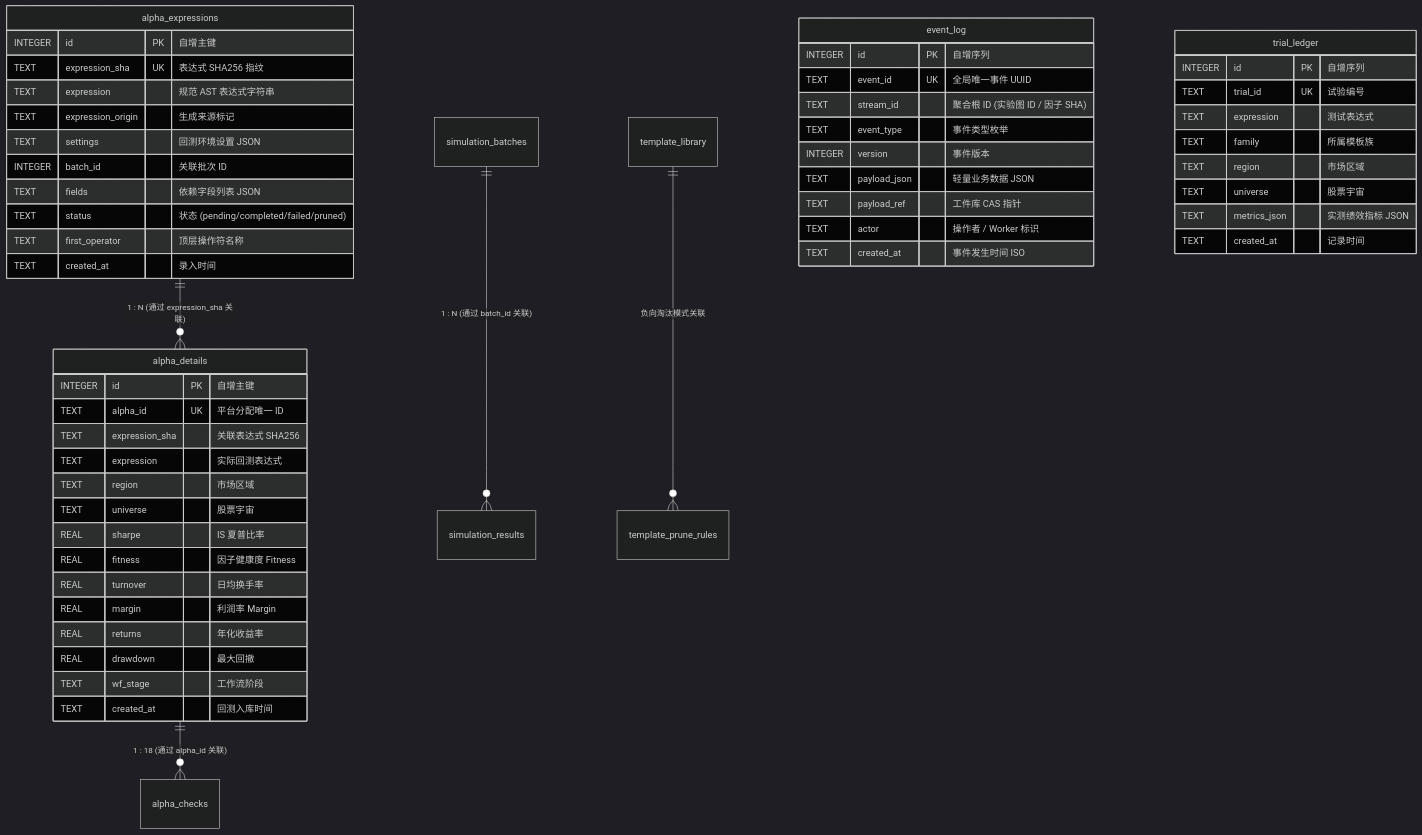
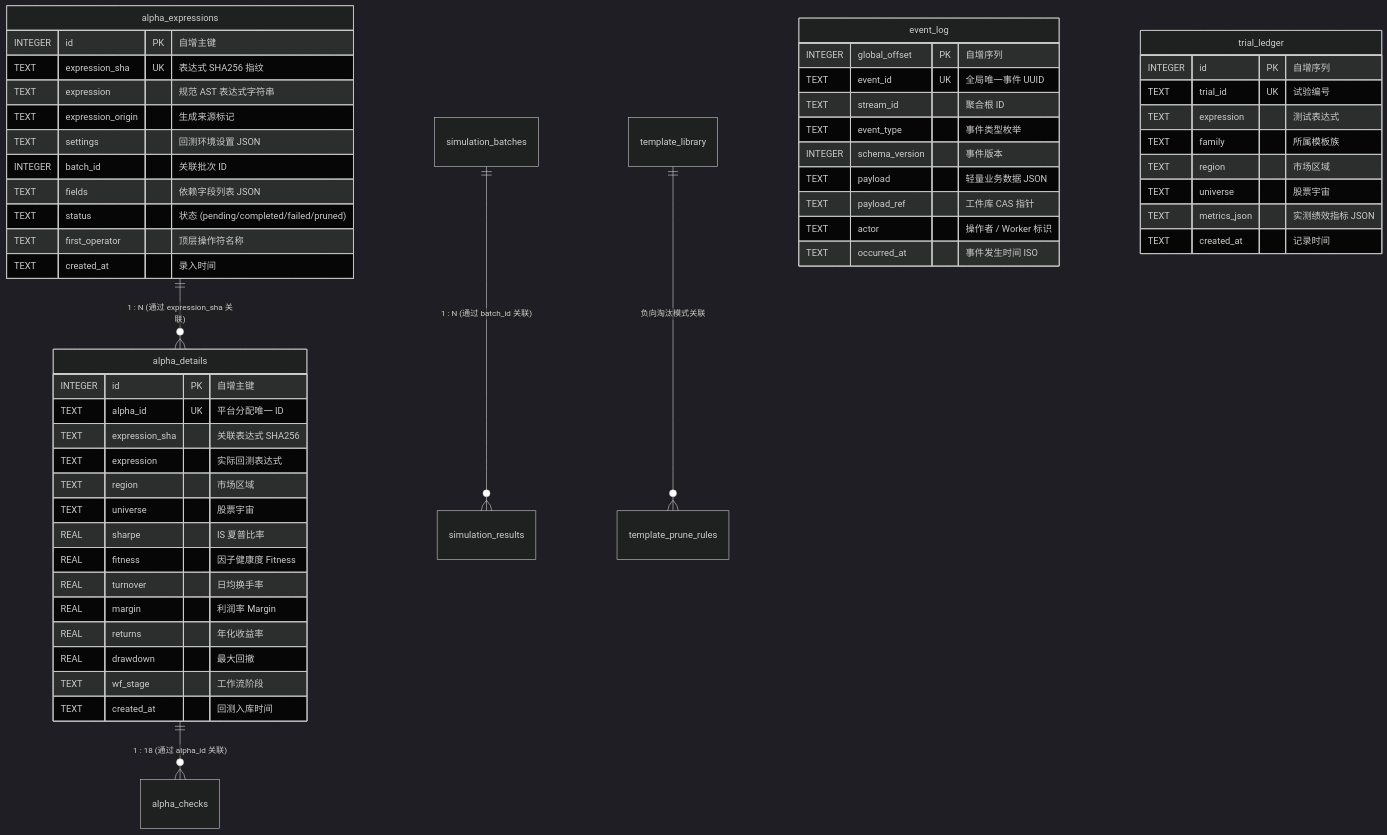
Before and after one commit to Justices/alpha_factory: the diagram in DATABASE_DESIGN.md, drawn with Mermaid (dark theme). The commit also changed other lines of this file and 20 other files, not shown here.

````diff
--- a/DATABASE_DESIGN.md
+++ b/DATABASE_DESIGN.md
@@ -59,60 +55,60 @@
 ```mermaid
 erDiagram
     alpha_expressions ||--o{ alpha_details : "1 : N (通过 expression_sha 关联)"
     alpha_details ||--o{ alpha_checks : "1 : 18 (通过 alpha_id 关联)"
     simulation_batches ||--o{ simulation_results : "1 : N (通过 batch_id 关联)"
     template_library ||--o{ template_prune_rules : "负向淘汰模式关联"
 
     alpha_expressions {
         INTEGER id PK "自增主键"
         TEXT expression_sha UK "表达式 SHA256 指纹"
         TEXT expression "规范 AST 表达式字符串"
         TEXT expression_origin "生成来源标记"
         TEXT settings "回测环境设置 JSON"
         INTEGER batch_id "关联批次 ID"
         TEXT fields "依赖字段列表 JSON"
         TEXT status "状态 (pending/completed/failed/pruned)"
         TEXT first_operator "顶层操作符名称"
         TEXT created_at "录入时间"
     }
 
     alpha_details {
         INTEGER id PK "自增主键"
         TEXT alpha_id UK "平台分配唯一 ID"
         TEXT expression_sha "关联表达式 SHA256"
         TEXT expression "实际回测表达式"
         TEXT region "市场区域"
         TEXT universe "股票宇宙"
         REAL sharpe "IS 夏普比率"
         REAL fitness "因子健康度 Fitness"
         REAL turnover "日均换手率"
         REAL margin "利润率 Margin"
         REAL returns "年化收益率"
         REAL drawdown "最大回撤"
         TEXT wf_stage "工作流阶段"
         TEXT created_at "回测入库时间"
     }
 
     event_log {
-        INTEGER id PK "自增序列"
+        INTEGER global_offset PK "自增序列"
         TEXT event_id UK "全局唯一事件 UUID"
-        TEXT stream_id "聚合根 ID (实验图 ID / 因子 SHA)"
+        TEXT stream_id "聚合根 ID"
         TEXT event_type "事件类型枚举"
-        INTEGER version "事件版本"
-        TEXT payload_json "轻量业务数据 JSON"
+        INTEGER schema_version "事件版本"
+        TEXT payload "轻量业务数据 JSON"
         TEXT payload_ref "工件库 CAS 指针"
         TEXT actor "操作者 / Worker 标识"
-        TEXT created_at "事件发生时间 ISO"
+        TEXT occurred_at "事件发生时间 ISO"
     }
 
     trial_ledger {
         INTEGER id PK "自增序列"
         TEXT trial_id UK "试验编号"
         TEXT expression "测试表达式"
         TEXT family "所属模板族"
         TEXT region "市场区域"
         TEXT universe "股票宇宙"
         TEXT metrics_json "实测绩效指标 JSON"
         TEXT created_at "记录时间"
     }
 ```
````
